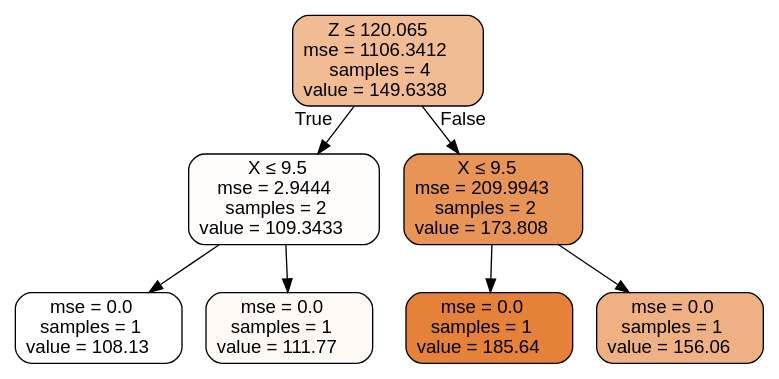
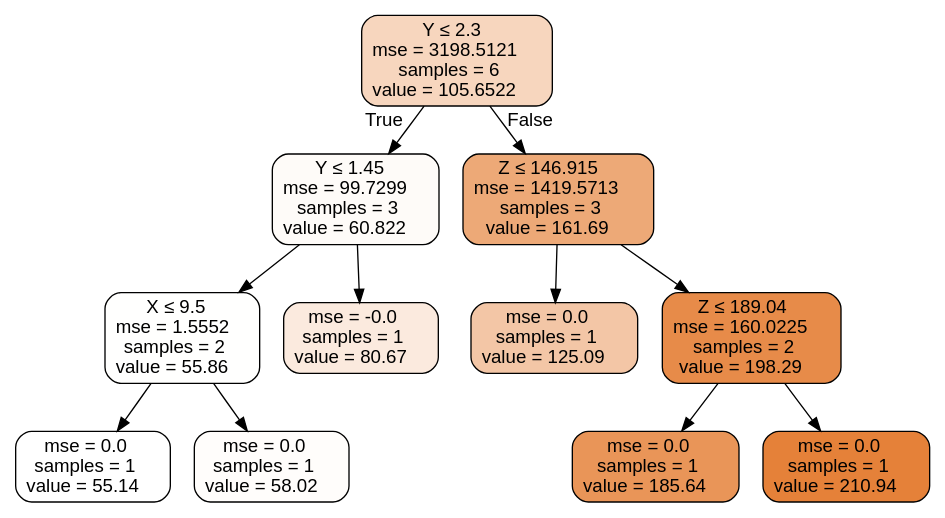
Before and after one commit to words-sdsc/IPPD: the diagram in ProfilingData/estimator1_example.dot, drawn with Graphviz. The commit also changed 5 other files, not shown here.

```diff
--- a/ProfilingData/estimator1_example.dot
+++ b/ProfilingData/estimator1_example.dot
@@ -1,17 +1,25 @@
 digraph Tree {
 node [shape=box, style="filled, rounded", color="black", fontname=helvetica] ;
 edge [fontname=helvetica] ;
-0 [label=<Z &le; 120.065<br/>mse = 1106.3412<br/>samples = 4<br/>value = 149.6338>, fillcolor="#e5813989"] ;
-1 [label=<X &le; 9.5<br/>mse = 2.9444<br/>samples = 2<br/>value = 109.3433>, fillcolor="#e5813904"] ;
+0 [label=<Y &le; 2.3<br/>mse = 3198.5121<br/>samples = 6<br/>value = 105.6522>, fillcolor="#e5813953"] ;
+1 [label=<Y &le; 1.45<br/>mse = 99.7299<br/>samples = 3<br/>value = 60.822>, fillcolor="#e5813909"] ;
 0 -> 1 [labeldistance=2.5, labelangle=45, headlabel="True"] ;
-2 [label=<mse = 0.0<br/>samples = 1<br/>value = 108.13>, fillcolor="#e5813900"] ;
+2 [label=<X &le; 9.5<br/>mse = 1.5552<br/>samples = 2<br/>value = 55.86>, fillcolor="#e5813901"] ;
 1 -> 2 ;
-3 [label=<mse = 0.0<br/>samples = 1<br/>value = 111.77>, fillcolor="#e581390c"] ;
-1 -> 3 ;
-4 [label=<X &le; 9.5<br/>mse = 209.9943<br/>samples = 2<br/>value = 173.808>, fillcolor="#e58139d8"] ;
-0 -> 4 [labeldistance=2.5, labelangle=-45, headlabel="False"] ;
-5 [label=<mse = 0.0<br/>samples = 1<br/>value = 185.64>, fillcolor="#e58139ff"] ;
-4 -> 5 ;
-6 [label=<mse = 0.0<br/>samples = 1<br/>value = 156.06>, fillcolor="#e581399e"] ;
-4 -> 6 ;
+3 [label=<mse = 0.0<br/>samples = 1<br/>value = 55.14>, fillcolor="#e5813900"] ;
+2 -> 3 ;
+4 [label=<mse = 0.0<br/>samples = 1<br/>value = 58.02>, fillcolor="#e5813905"] ;
+2 -> 4 ;
+5 [label=<mse = -0.0<br/>samples = 1<br/>value = 80.67>, fillcolor="#e581392a"] ;
+1 -> 5 ;
+6 [label=<Z &le; 146.915<br/>mse = 1419.5713<br/>samples = 3<br/>value = 161.69>, fillcolor="#e58139ae"] ;
+0 -> 6 [labeldistance=2.5, labelangle=-45, headlabel="False"] ;
+7 [label=<mse = 0.0<br/>samples = 1<br/>value = 125.09>, fillcolor="#e5813972"] ;
+6 -> 7 ;
+8 [label=<Z &le; 189.04<br/>mse = 160.0225<br/>samples = 2<br/>value = 198.29>, fillcolor="#e58139ea"] ;
+6 -> 8 ;
+9 [label=<mse = 0.0<br/>samples = 1<br/>value = 185.64>, fillcolor="#e58139d6"] ;
+8 -> 9 ;
+10 [label=<mse = 0.0<br/>samples = 1<br/>value = 210.94>, fillcolor="#e58139ff"] ;
+8 -> 10 ;
 }
```
